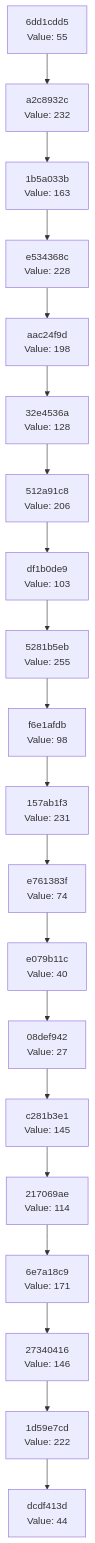
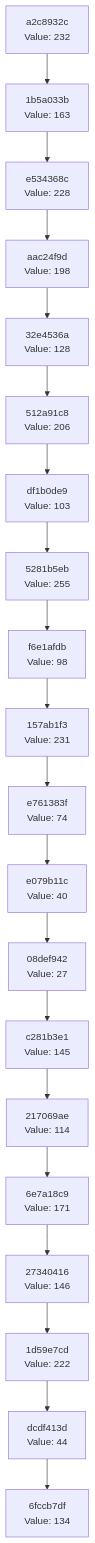
The diagram in docs/CHAIN_VISUALIZATION.md (Abhisheksinha1506/hash-chain-evolver), drawn with Mermaid before and after one commit. The commit also changed 2 other files, not shown here.

Commit message:
Evolution Step

````diff
--- a/docs/CHAIN_VISUALIZATION.md
+++ b/docs/CHAIN_VISUALIZATION.md
@@ -3,42 +3,42 @@
 ```mermaid
 graph TD
-    C0["dcdf413d<br/>Value: 44"]
-    C1["1d59e7cd<br/>Value: 222"]
+    C0["6fccb7df<br/>Value: 134"]
+    C1["dcdf413d<br/>Value: 44"]
     C1 --> C0
-    C2["27340416<br/>Value: 146"]
+    C2["1d59e7cd<br/>Value: 222"]
     C2 --> C1
-    C3["6e7a18c9<br/>Value: 171"]
+    C3["27340416<br/>Value: 146"]
     C3 --> C2
-    C4["217069ae<br/>Value: 114"]
+    C4["6e7a18c9<br/>Value: 171"]
     C4 --> C3
-    C5["c281b3e1<br/>Value: 145"]
+    C5["217069ae<br/>Value: 114"]
     C5 --> C4
-    C6["08def942<br/>Value: 27"]
+    C6["c281b3e1<br/>Value: 145"]
     C6 --> C5
-    C7["e079b11c<br/>Value: 40"]
+    C7["08def942<br/>Value: 27"]
     C7 --> C6
-    C8["e761383f<br/>Value: 74"]
+    C8["e079b11c<br/>Value: 40"]
     C8 --> C7
-    C9["157ab1f3<br/>Value: 231"]
+    C9["e761383f<br/>Value: 74"]
     C9 --> C8
-    C10["f6e1afdb<br/>Value: 98"]
+    C10["157ab1f3<br/>Value: 231"]
     C10 --> C9
-    C11["5281b5eb<br/>Value: 255"]
+    C11["f6e1afdb<br/>Value: 98"]
     C11 --> C10
-    C12["df1b0de9<br/>Value: 103"]
+    C12["5281b5eb<br/>Value: 255"]
     C12 --> C11
-    C13["512a91c8<br/>Value: 206"]
+    C13["df1b0de9<br/>Value: 103"]
     C13 --> C12
-    C14["32e4536a<br/>Value: 128"]
+    C14["512a91c8<br/>Value: 206"]
     C14 --> C13
-    C15["aac24f9d<br/>Value: 198"]
+    C15["32e4536a<br/>Value: 128"]
     C15 --> C14
-    C16["e534368c<br/>Value: 228"]
+    C16["aac24f9d<br/>Value: 198"]
     C16 --> C15
-    C17["1b5a033b<br/>Value: 163"]
+    C17["e534368c<br/>Value: 228"]
     C17 --> C16
-    C18["a2c8932c<br/>Value: 232"]
+    C18["1b5a033b<br/>Value: 163"]
     C18 --> C17
-    C19["6dd1cdd5<br/>Value: 55"]
+    C19["a2c8932c<br/>Value: 232"]
     C19 --> C18
 ```
````
